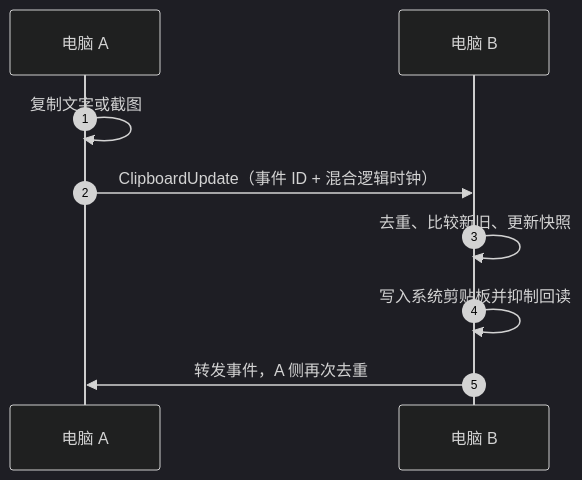
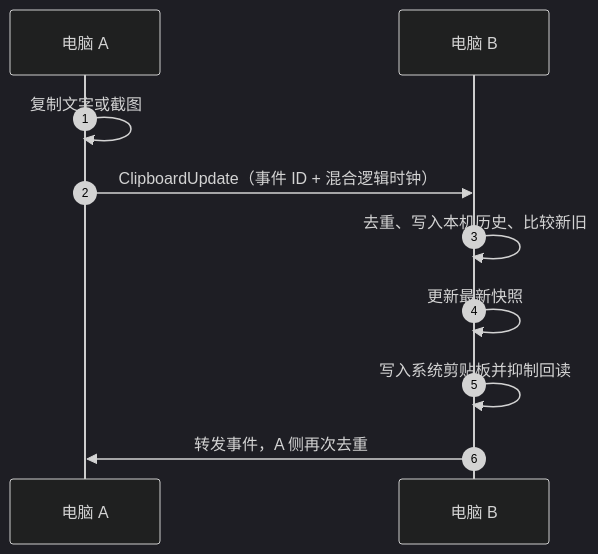
Before and after one commit to yangjinming1062/MeshShare: the second of 3 diagrams in README.md, drawn with Mermaid (dark theme). The commit also changed other lines of this file and 12 other files, not shown here.

````diff
--- a/README.md
+++ b/README.md
@@ -67,11 +67,12 @@
 ```mermaid
 sequenceDiagram
   autonumber
   participant A as 电脑 A
   participant B as 电脑 B
   A->>A: 复制文字或截图
   A->>B: ClipboardUpdate（事件 ID + 混合逻辑时钟）
-  B->>B: 去重、比较新旧、更新快照
+  B->>B: 去重、写入本机历史、比较新旧
+  B->>B: 更新最新快照
   B->>B: 写入系统剪贴板并抑制回读
   B->>A: 转发事件，A 侧再次去重
 ```
````
